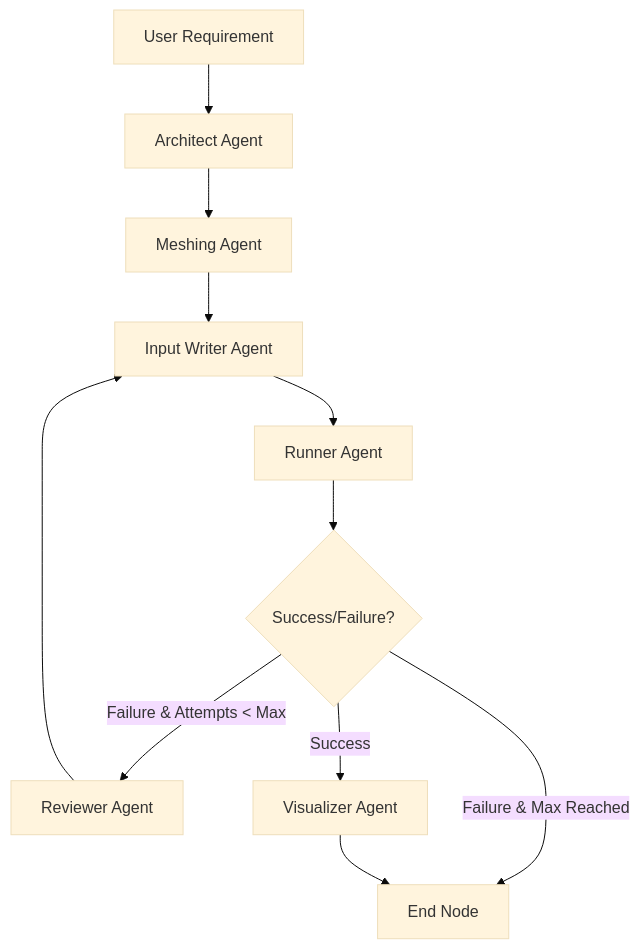
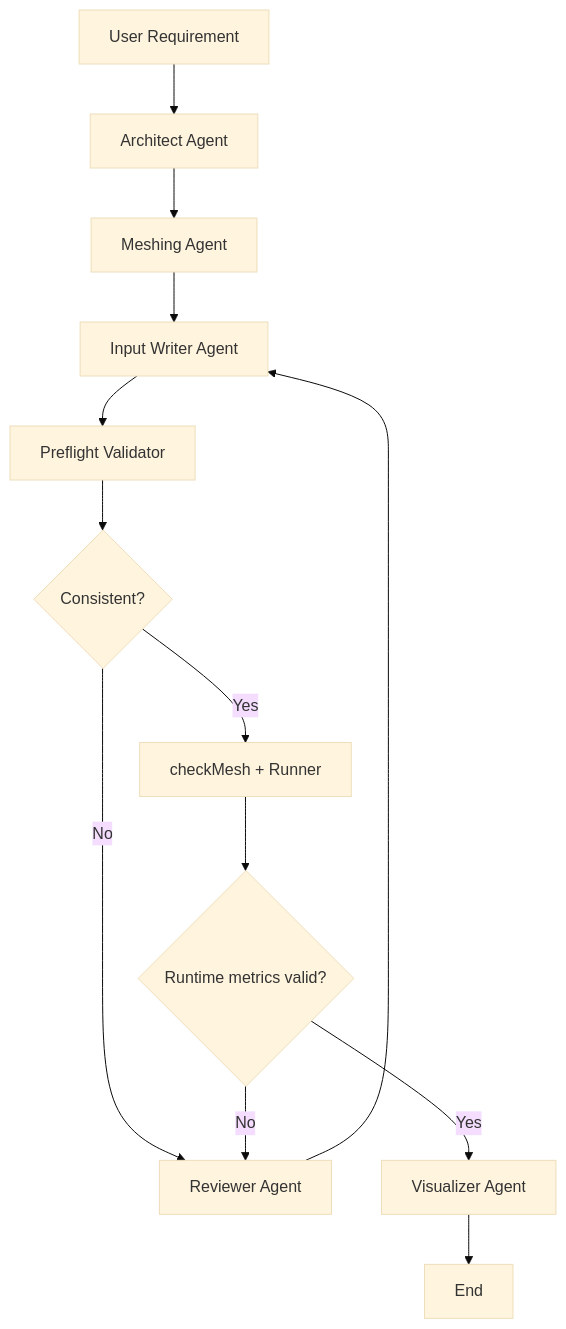
The diagram in README.md (isabecurtis023-lang/HarnessFOAM), drawn with Mermaid (base theme) before and after one commit. The commit also changed other lines of this file and 172 other files, not shown here.

````diff
--- a/README.md
+++ b/README.md
@@ -70,13 +70,15 @@
 ```mermaid
 graph TD
     A[User Requirement] --> B[Architect Agent]
     B --> C[Meshing Agent]
     C --> D[Input Writer Agent]
-    D --> E[Runner Agent]
-    E --> F{Success/Failure?}
-    F -- Failure & Attempts < Max --> G[Reviewer Agent]
+    D --> E[Preflight Validator]
+    E --> F{Consistent?}
+    F -- No --> G[Reviewer Agent]
     G --> D
-    F -- Failure & Max Reached --> H[End Node]
-    F -- Success --> I[Visualizer Agent]
-    I --> H
+    F -- Yes --> H[checkMesh + Runner]
+    H --> I{Runtime metrics valid?}
+    I -- No --> G
+    I -- Yes --> J[Visualizer Agent]
+    J --> K[End]
 ```
````
